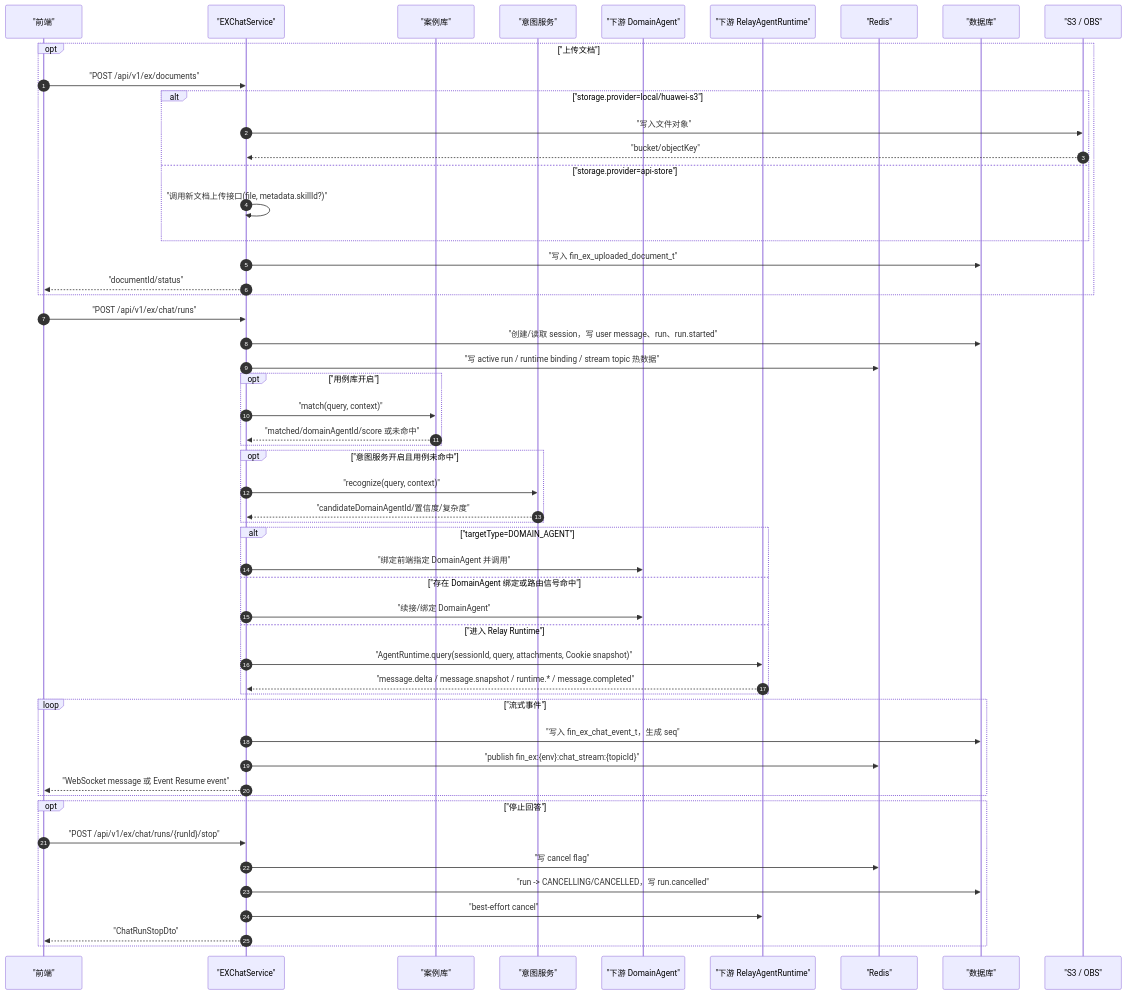
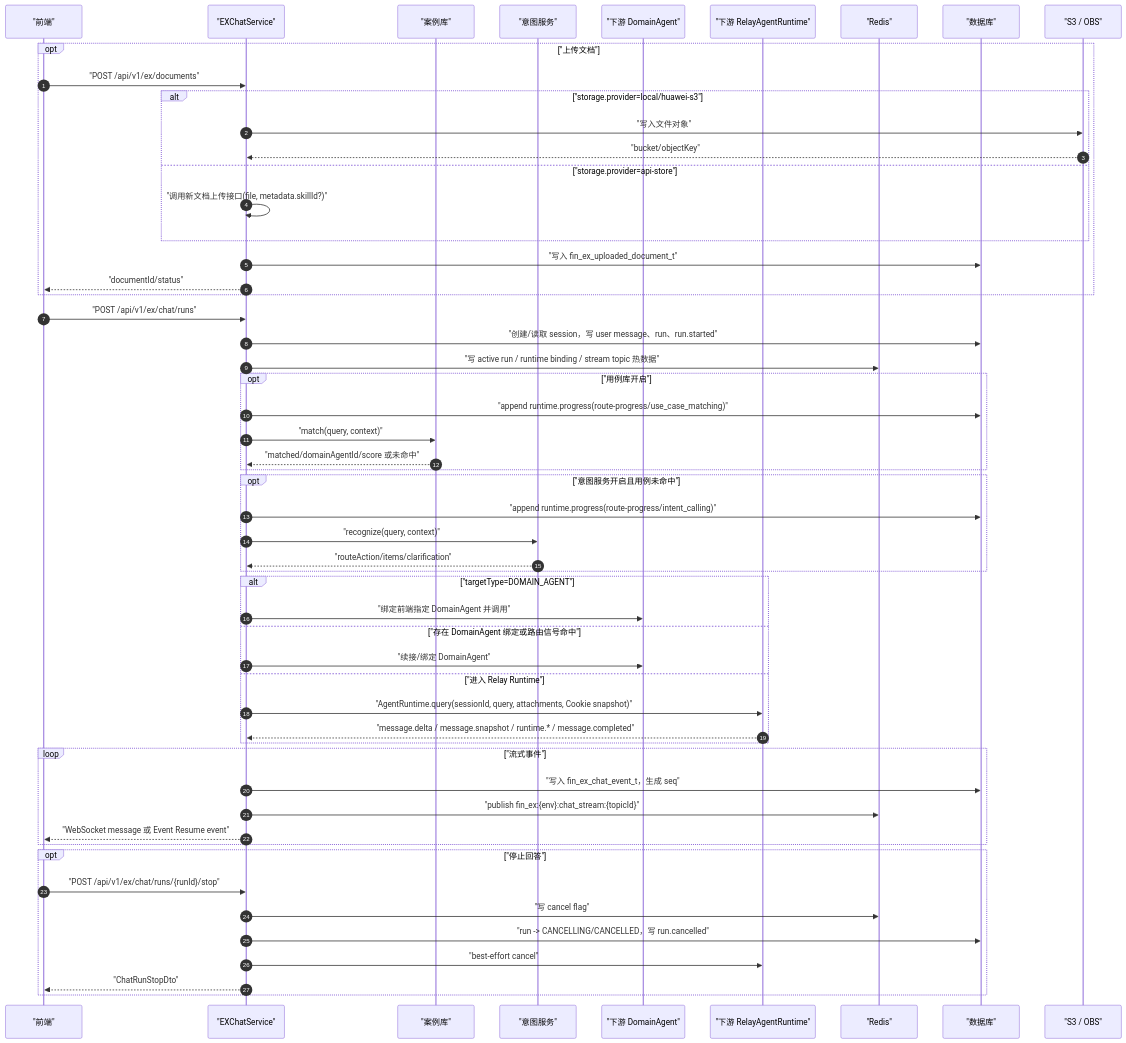
Before and after one commit to kunben-duck/exweb: the third of 10 diagrams in docs/architecture/README.md, drawn with Mermaid. The commit also changed other lines of this file and 46 other files, not shown here.

Commit message:
feat: integrate new intent routing memory flow

````diff
--- a/docs/architecture/README.md
+++ b/docs/architecture/README.md
@@ -167,62 +167,64 @@
 ```mermaid
 sequenceDiagram
     autonumber
     participant Frontend as "前端"
     participant EX as "EXChatService"
     participant UseCase as "案例库"
     participant Intent as "意图服务"
     participant DomainAgent as "下游 DomainAgent"
     participant Relay as "下游 RelayAgentRuntime"
     participant Redis as "Redis"
     participant DB as "数据库"
     participant S3 as "S3 / OBS"
 
     opt "上传文档"
         Frontend->>EX: "POST /api/v1/ex/documents"
         alt "storage.provider=local/huawei-s3"
             EX->>S3: "写入文件对象"
             S3-->>EX: "bucket/objectKey"
         else "storage.provider=api-store"
             EX->>EX: "调用新文档上传接口(file, metadata.skillId?)"
         end
         EX->>DB: "写入 fin_ex_uploaded_document_t"
         EX-->>Frontend: "documentId/status"
     end
 
     Frontend->>EX: "POST /api/v1/ex/chat/runs"
     EX->>DB: "创建/读取 session，写 user message、run、run.started"
     EX->>Redis: "写 active run / runtime binding / stream topic 热数据"
 
     opt "用例库开启"
+        EX->>DB: "append runtime.progress(route-progress/use_case_matching)"
         EX->>UseCase: "match(query, context)"
         UseCase-->>EX: "matched/domainAgentId/score 或未命中"
     end
 
     opt "意图服务开启且用例未命中"
+        EX->>DB: "append runtime.progress(route-progress/intent_calling)"
         EX->>Intent: "recognize(query, context)"
-        Intent-->>EX: "candidateDomainAgentId/置信度/复杂度"
+        Intent-->>EX: "routeAction/items/clarification"
     end
 
     alt "targetType=DOMAIN_AGENT"
         EX->>DomainAgent: "绑定前端指定 DomainAgent 并调用"
     else "存在 DomainAgent 绑定或路由信号命中"
         EX->>DomainAgent: "续接/绑定 DomainAgent"
     else "进入 Relay Runtime"
         EX->>Relay: "AgentRuntime.query(sessionId, query, attachments, Cookie snapshot)"
         Relay-->>EX: "message.delta / message.snapshot / runtime.* / message.completed"
     end
 
     loop "流式事件"
         EX->>DB: "写入 fin_ex_chat_event_t，生成 seq"
         EX->>Redis: "publish fin_ex:{env}:chat_stream:{topicId}"
         EX-->>Frontend: "WebSocket message 或 Event Resume event"
     end
 
     opt "停止回答"
         Frontend->>EX: "POST /api/v1/ex/chat/runs/{runId}/stop"
         EX->>Redis: "写 cancel flag"
         EX->>DB: "run -> CANCELLING/CANCELLED，写 run.cancelled"
         EX->>Relay: "best-effort cancel"
         EX-->>Frontend: "ChatRunStopDto"
     end
 ```
````
